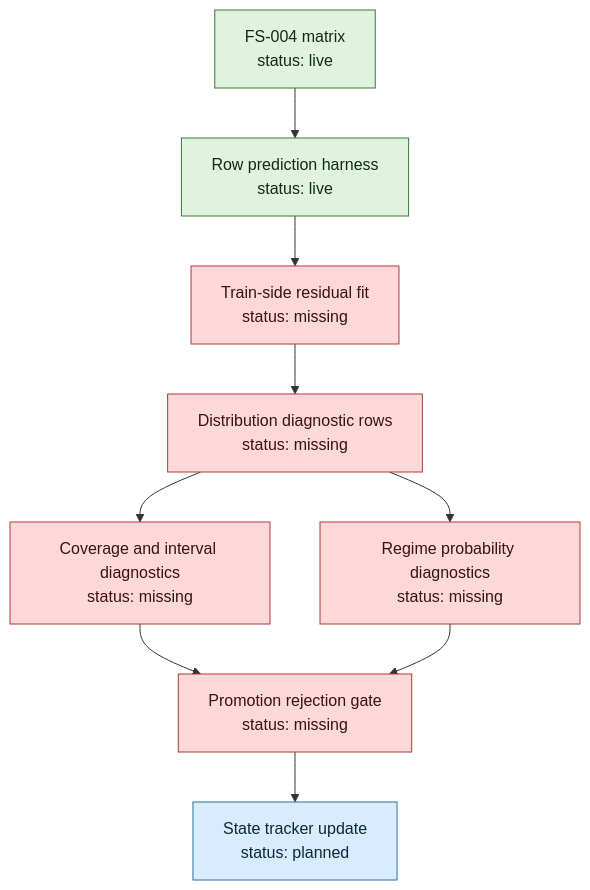
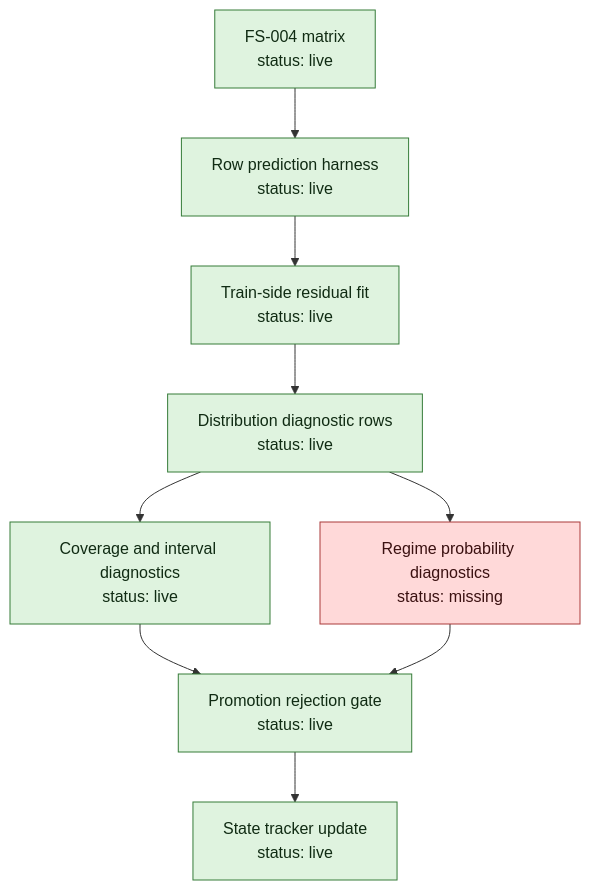
Before and after one commit to jiancchen/SlateAi: the diagram in run-plans/mlb/2026-06-03-mlb-m3-alpha-7-distribution-output-run-plan.md, drawn with Mermaid. The commit also changed other lines of this file and 44 other files, not shown here.

First line of the commit message:
Add MLB-M3 Alpha-7 distribution diagnostics

````diff
--- a/run-plans/mlb/2026-06-03-mlb-m3-alpha-7-distribution-output-run-plan.md
+++ b/run-plans/mlb/2026-06-03-mlb-m3-alpha-7-distribution-output-run-plan.md
@@ -109,19 +120,18 @@
 ```mermaid
 flowchart TD
   FS004["FS-004 matrix<br/>status: live"] --> HROW["Row prediction harness<br/>status: live"]
-  HROW --> TRAINRES["Train-side residual fit<br/>status: missing"]
-  TRAINRES --> DIST["Distribution diagnostic rows<br/>status: missing"]
-  DIST --> COVER["Coverage and interval diagnostics<br/>status: missing"]
+  HROW --> TRAINRES["Train-side residual fit<br/>status: live"]
+  TRAINRES --> DIST["Distribution diagnostic rows<br/>status: live"]
+  DIST --> COVER["Coverage and interval diagnostics<br/>status: live"]
   DIST --> REGIME["Regime probability diagnostics<br/>status: missing"]
-  COVER --> GATE["Promotion rejection gate<br/>status: missing"]
+  COVER --> GATE["Promotion rejection gate<br/>status: live"]
   REGIME --> GATE
-  GATE --> STATE["State tracker update<br/>status: planned"]
+  GATE --> STATE["State tracker update<br/>status: live"]
 
   classDef live fill:#dff3df,stroke:#367c39,color:#102b13;
   classDef missing fill:#ffd9d9,stroke:#aa3b3b,color:#3b1111;
   classDef planned fill:#d7ecff,stroke:#2f6f9f,color:#0d2638;
 
-  class FS004,HROW live;
-  class TRAINRES,DIST,COVER,REGIME,GATE missing;
-  class STATE planned;
+  class FS004,HROW,TRAINRES,DIST,COVER,GATE,STATE live;
+  class REGIME missing;
 ```
````
